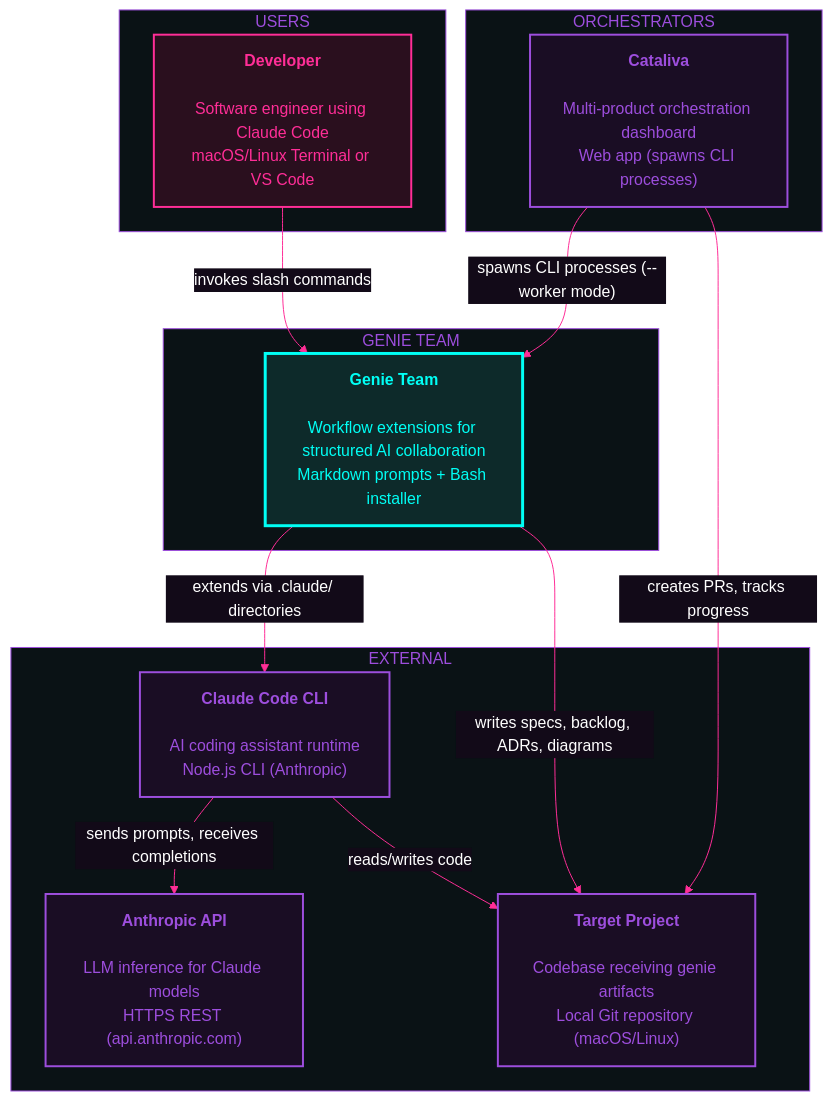
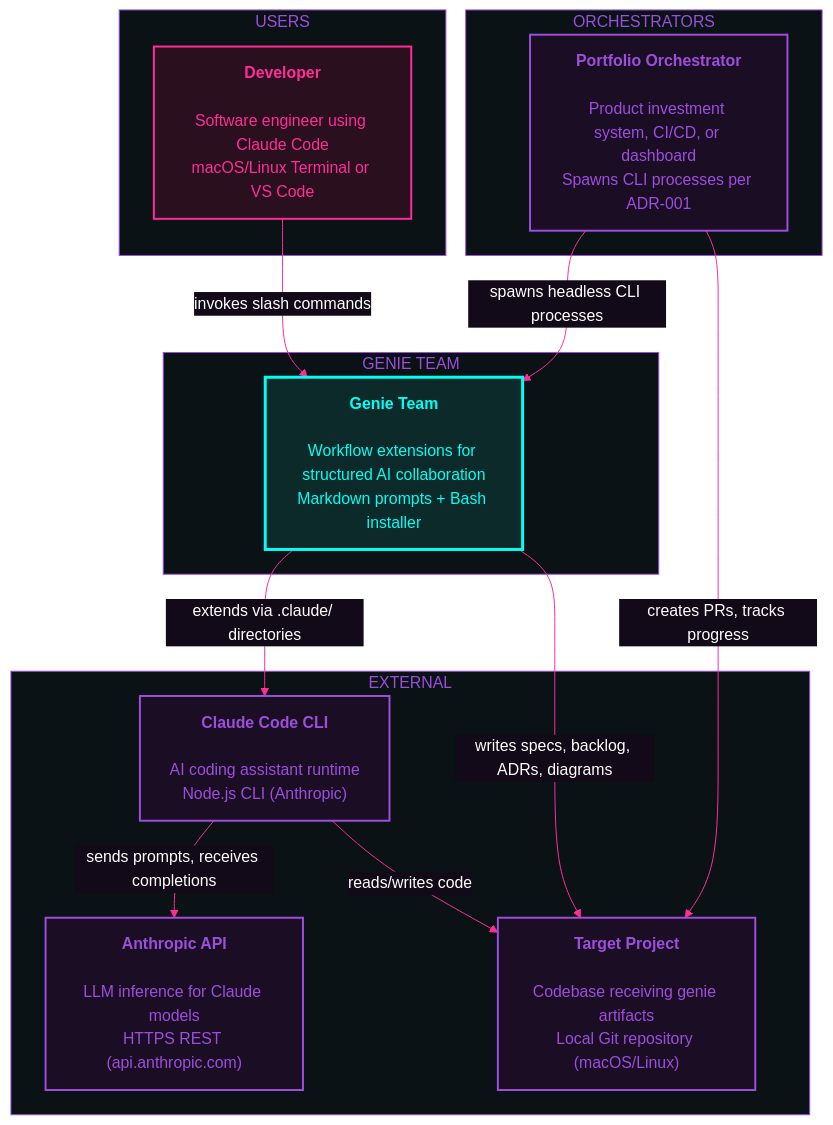
The diagram in docs/architecture/system-context.md (Elmmly/genie-team), drawn with Mermaid before and after one commit. The commit also changed other lines of this file and 4 other files, not shown here.

First line of the commit message:
docs: generalize Cataliva references to portfolio-flexible orchestration

````diff
--- a/docs/architecture/system-context.md
+++ b/docs/architecture/system-context.md
@@ -15,45 +15,45 @@
 ```mermaid
 %%{init: {"theme": "base", "themeVariables": {
   "fontFamily": "system-ui, sans-serif",
   "lineColor": "#ff2e97",
   "primaryColor": "#0d2a2a",
   "primaryTextColor": "#ffffff",
   "primaryBorderColor": "#00fff5",
   "secondaryColor": "#120a18",
   "secondaryTextColor": "#ff2e97",
   "secondaryBorderColor": "#ff2e97",
   "tertiaryColor": "#0a1215",
   "tertiaryTextColor": "#9d4edd",
   "tertiaryBorderColor": "#9d4edd"
 }}}%%
 flowchart TB
     classDef actor fill:#2a0f1e,stroke:#ff2e97,stroke-width:2px,color:#ff2e97
     classDef core fill:#0d2a2a,stroke:#00fff5,stroke-width:3px,color:#00fff5
     classDef external fill:#1a0d24,stroke:#9d4edd,stroke-width:2px,color:#9d4edd
 
     subgraph users ["USERS"]
         developer["<b>Developer</b><br/> <br/><span>Software engineer using Claude Code</span><br/><span>macOS/Linux Terminal or VS Code</span>"]:::actor
     end
 
     subgraph orchestrators ["ORCHESTRATORS"]
-        cataliva["<b>Cataliva</b><br/> <br/><span>Multi-product orchestration dashboard</span><br/><span>Web app (spawns CLI processes)</span>"]:::external
+        orchestrator["<b>Portfolio Orchestrator</b><br/> <br/><span>Product investment system, CI/CD, or dashboard</span><br/><span>Spawns CLI processes per ADR-001</span>"]:::external
     end
 
     subgraph system ["GENIE TEAM"]
         genie_team["<b>Genie Team</b><br/> <br/><span>Workflow extensions for structured AI collaboration</span><br/><span>Markdown prompts + Bash installer</span>"]:::core
     end
 
     subgraph external_boundary ["EXTERNAL"]
         claude_code["<b>Claude Code CLI</b><br/> <br/><span>AI coding assistant runtime</span><br/><span>Node.js CLI (Anthropic)</span>"]:::external
         anthropic_api["<b>Anthropic API</b><br/> <br/><span>LLM inference for Claude models</span><br/><span>HTTPS REST (api.anthropic.com)</span>"]:::external
         target_project["<b>Target Project</b><br/> <br/><span>Codebase receiving genie artifacts</span><br/><span>Local Git repository (macOS/Linux)</span>"]:::external
     end
 
     developer -->|"invokes slash commands"| genie_team
-    cataliva -->|"spawns CLI processes (--worker mode)"| genie_team
+    orchestrator -->|"spawns headless CLI processes"| genie_team
     genie_team -->|"extends via .claude/ directories"| claude_code
     claude_code -->|"sends prompts, receives completions"| anthropic_api
     genie_team -->|"writes specs, backlog, ADRs, diagrams"| target_project
     claude_code -->|"reads/writes code"| target_project
-    cataliva -->|"creates PRs, tracks progress"| target_project
+    orchestrator -->|"creates PRs, tracks progress"| target_project
 ```
````
